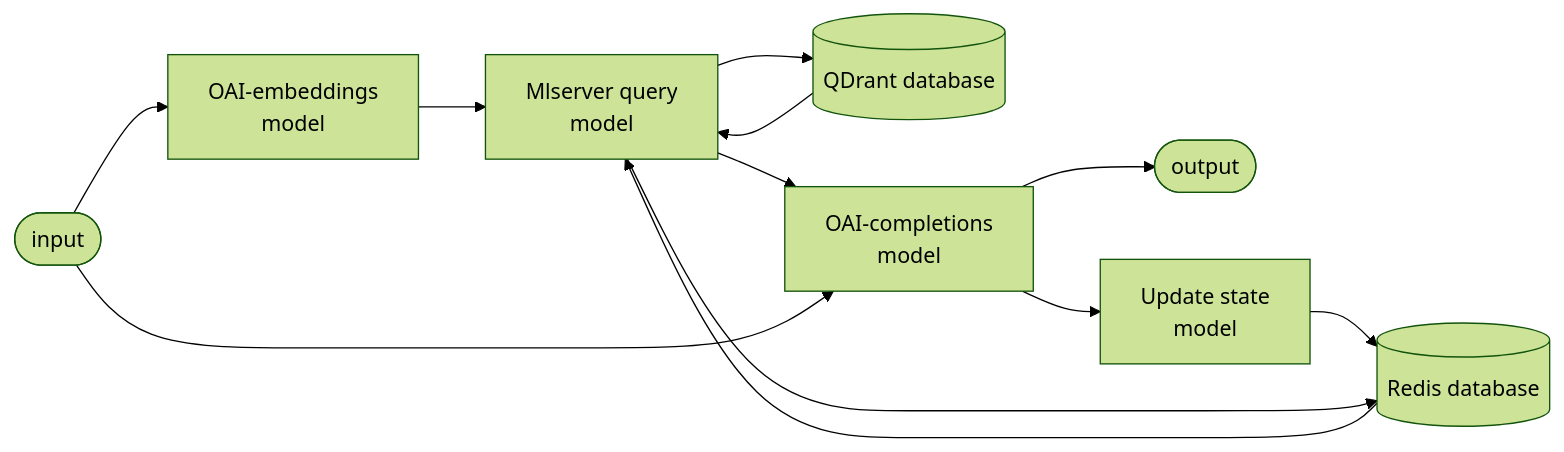
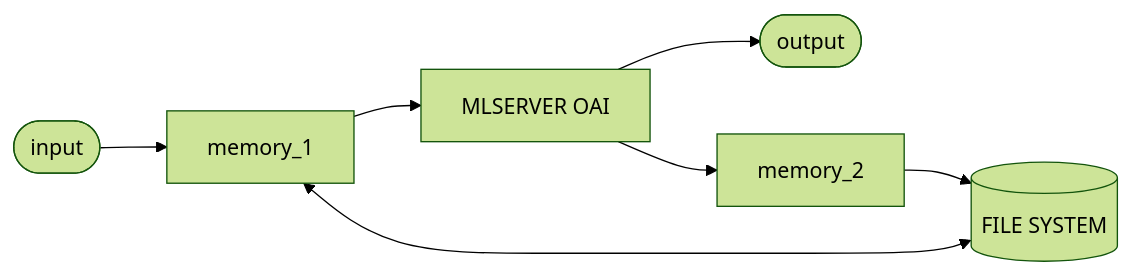
One commit to joshsgoldstein/llm-workshop changed the diagram in README.md. Above: the diagram before and after it, drawn with Mermaid (forest theme). The commit also changed other lines of this file and 38 other files, not shown here.

````diff
--- a/README.md
+++ b/README.md
@@ -47,36 +36,16 @@
 ```mermaid
 
 flowchart LR
     input([input])
-    VDB[(QDrant database)]
-    REDIS[(Redis database)]
     output([output])
+    filesys[(FILE SYSTEM)]
+    memory_1
+    memory_2
+    OAI["MLSERVER OAI"]
 
-    embed["
-    OAI-embeddings
-    model
-    "]
+    input --> memory_1 --> OAI --> output
+    filesys <--> memory_1
+    memory_2 --> filesys
+    OAI --> memory_2
 
-    query-model["
-    Mlserver query
-    model
-    "]
-
-    update-state["
-    Update state
-    model
-    "]
-
-    RAG["
-    OAI-completions
-    model
-    "]
-
-    input --> embed --> query-model --> RAG --> output
-    RAG --> update-state --> REDIS
-    input --> RAG
-    query-model --> VDB
-    VDB --> query-model
-    REDIS --> query-model
-    query-model --> REDIS
 ```
````
